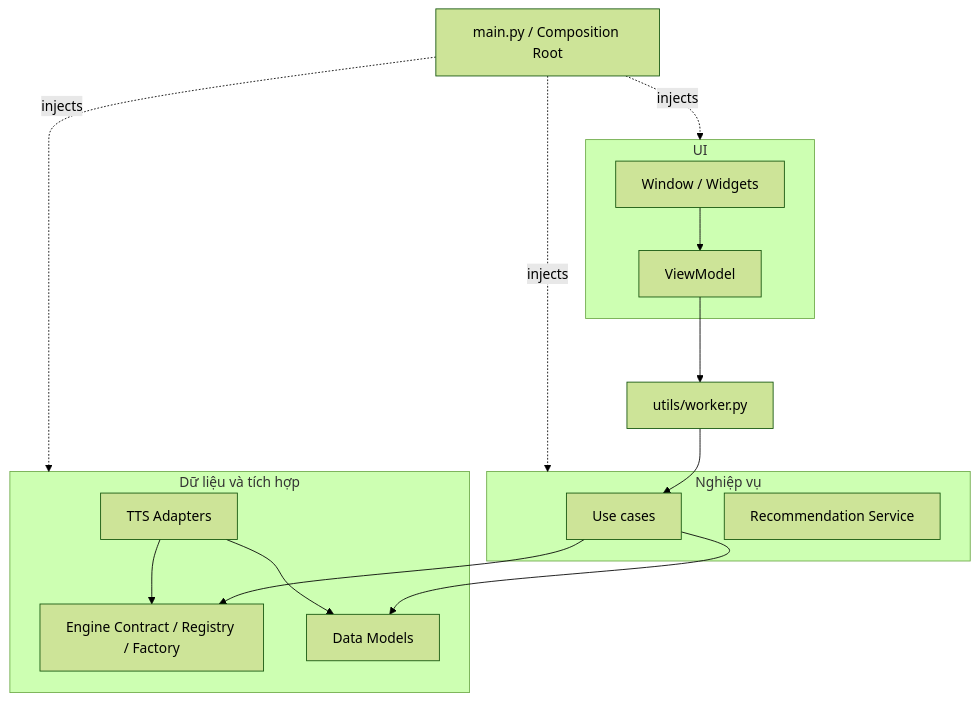
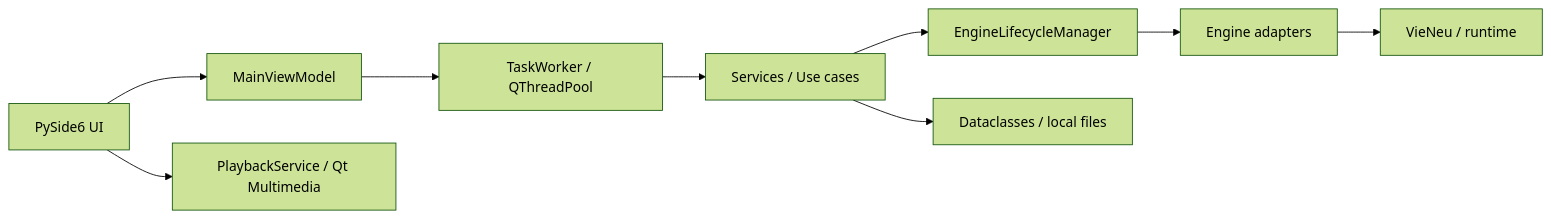
One commit to tuwns05/TTS changed the first of 3 diagrams in docs/ARCHITECTURE.md. Above: the diagram before and after it, drawn with Mermaid (forest theme). The commit also changed other lines of this file and 5 other files, not shown here.

````diff
--- a/docs/ARCHITECTURE.md
+++ b/docs/ARCHITECTURE.md
@@ -17,31 +7,11 @@
 ```mermaid
-graph TB
-    BOOT[main.py / Composition Root]
-
-    subgraph P[UI]
-        UI[Window / Widgets]
-        VM[ViewModel]
-    end
-
-    subgraph A[Nghiệp vụ]
-        UC[Use cases]
-        REC[Recommendation Service]
-    end
-
-    subgraph D[Dữ liệu và tích hợp]
-        REG[Engine Contract / Registry / Factory]
-        ENGINES[TTS Adapters]
-        MODELS[Data Models]
-    end
-
-    W[utils/worker.py]
-
-    UI --> VM --> W --> UC
-    UC --> REG
-    UC --> MODELS
-    ENGINES --> REG
-    ENGINES --> MODELS
-    BOOT -. injects .-> P
-    BOOT -. injects .-> A
-    BOOT -. injects .-> D
+flowchart LR
+    UI[PySide6 UI] --> VM[MainViewModel]
+    VM --> W[TaskWorker / QThreadPool]
+    W --> S[Services / Use cases]
+    S --> L[EngineLifecycleManager]
+    L --> A[Engine adapters]
+    A --> SDK[VieNeu / runtime]
+    S --> D[Dataclasses / local files]
+    UI --> P[PlaybackService / Qt Multimedia]
 ```
````
